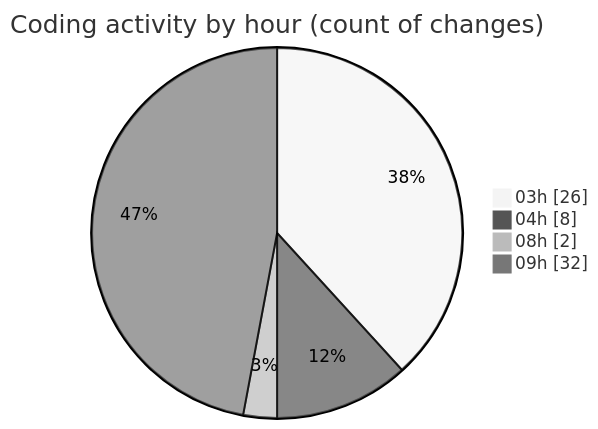
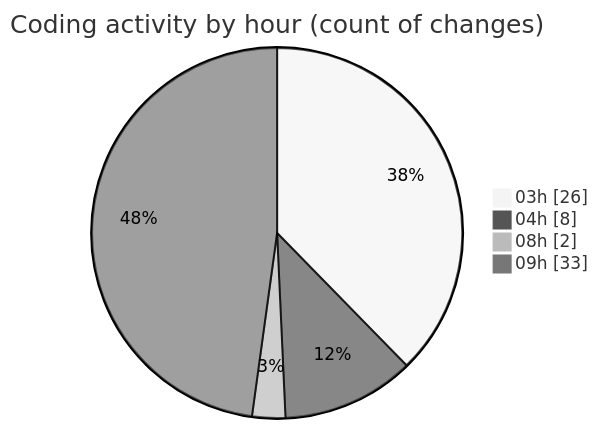
One commit to JenPaints/code-tracking changed the second of 2 diagrams in 2025-06-20/modeljsondesigner/README.md. Above: the diagram before and after it, drawn with Mermaid (neutral theme). The commit also changed other lines of this file and 1 other file, not shown here.

````diff
--- a/2025-06-20/modeljsondesigner/README.md
+++ b/2025-06-20/modeljsondesigner/README.md
@@ -46,8 +47,8 @@
 ```mermaid
 pie showData
 title Coding activity by hour (count of changes)
 "03h" : 26
 "04h" : 8
 "08h" : 2
-"09h" : 32
+"09h" : 33
 ```
````
